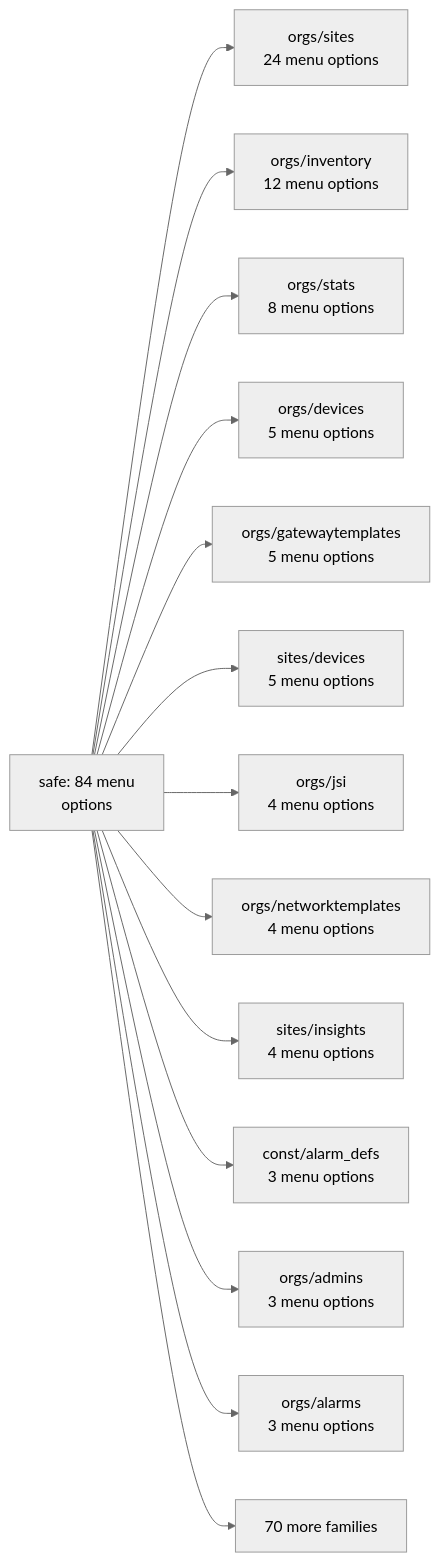
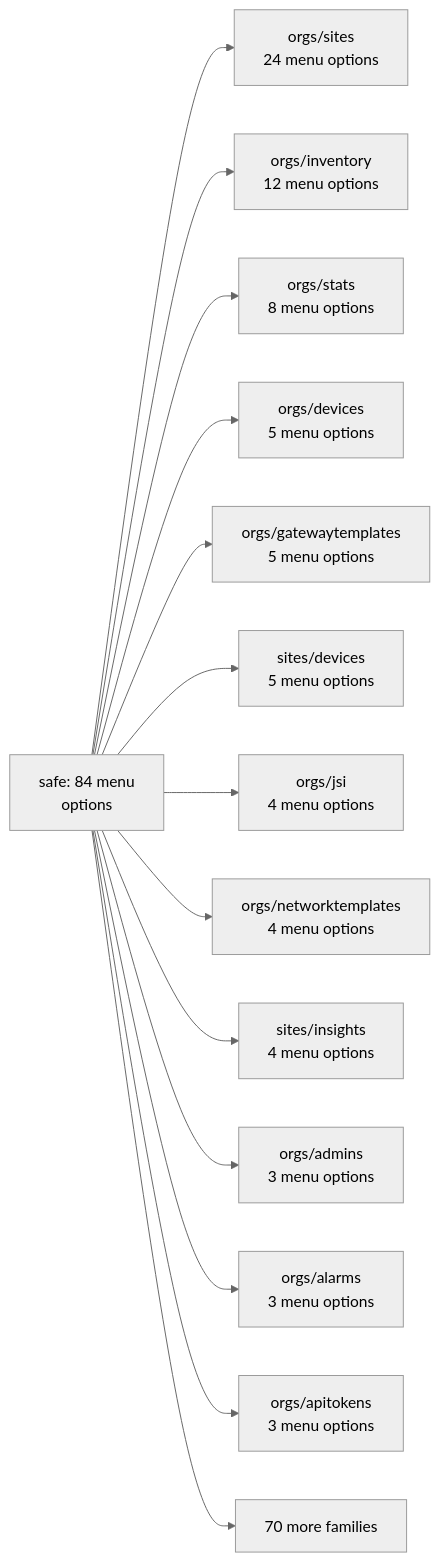
Before and after one commit to jmorrison-juniper/MistHelper: the first of 22 diagrams in documentation/menu-api/safe.md, drawn with Mermaid (neutral theme). The commit also changed other lines of this file and 8 other files, not shown here.

````diff
--- a/documentation/menu-api/safe.md
+++ b/documentation/menu-api/safe.md
@@ -17,17 +17,17 @@
 ```mermaid
 flowchart LR
     root["safe: 84 menu<br/>options"]
     root --> f_orgs_sites["orgs/sites<br/>24 menu options"]
     root --> f_orgs_inventory["orgs/inventory<br/>12 menu options"]
     root --> f_orgs_stats["orgs/stats<br/>8 menu options"]
     root --> f_orgs_devices["orgs/devices<br/>5 menu options"]
     root --> f_orgs_gatewaytemplates["orgs/gatewaytemplates<br/>5 menu options"]
     root --> f_sites_devices["sites/devices<br/>5 menu options"]
     root --> f_orgs_jsi["orgs/jsi<br/>4 menu options"]
     root --> f_orgs_networktemplates["orgs/networktemplates<br/>4 menu options"]
     root --> f_sites_insights["sites/insights<br/>4 menu options"]
-    root --> f_const_alarm_defs["const/alarm_defs<br/>3 menu options"]
     root --> f_orgs_admins["orgs/admins<br/>3 menu options"]
     root --> f_orgs_alarms["orgs/alarms<br/>3 menu options"]
+    root --> f_orgs_apitokens["orgs/apitokens<br/>3 menu options"]
     root --> more["70 more families"]
 ```
````
